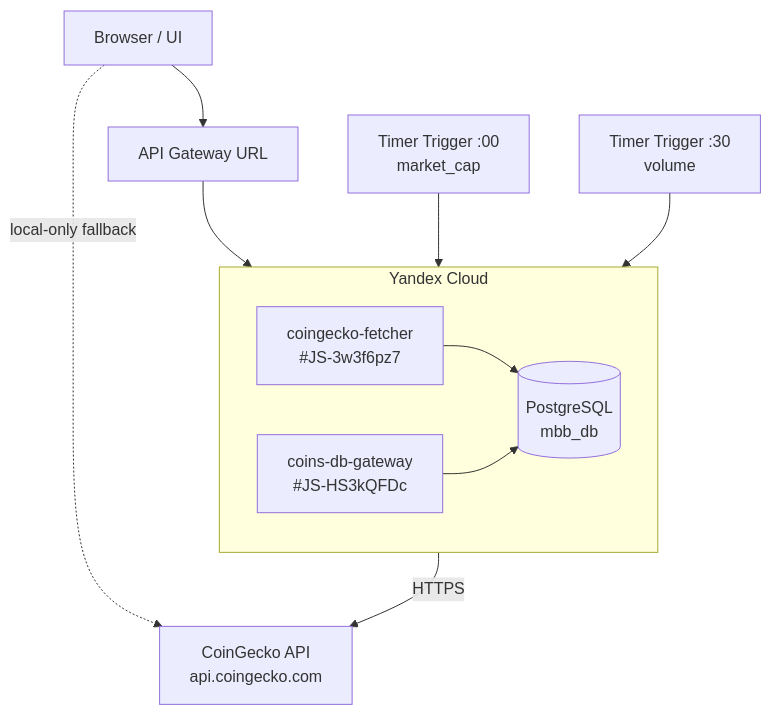
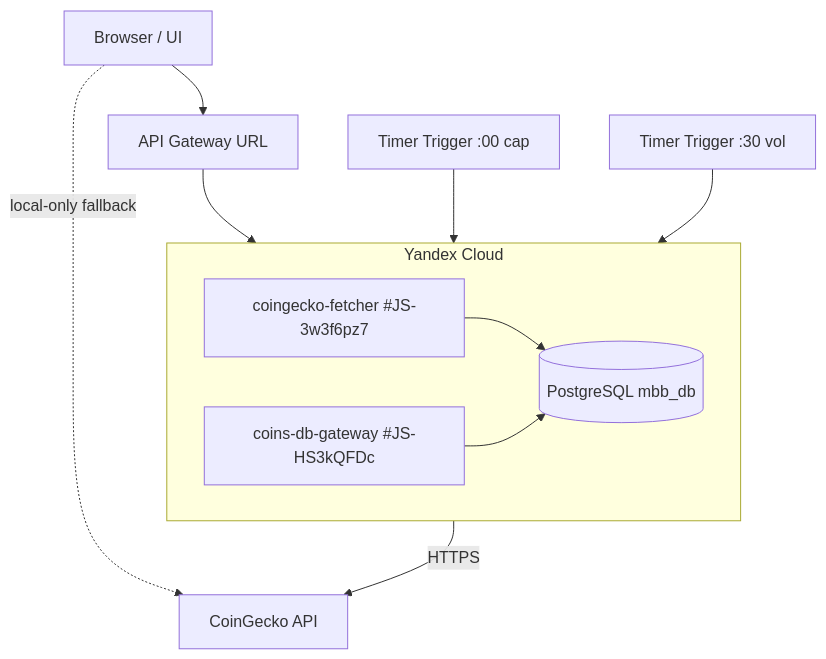
The diagram in docs/ais/ais-yandex-cloud.md (aoponomarev/mmb), drawn with Mermaid before and after one commit. The commit also changed 1 other file, not shown here.

Commit message:
docs(ais): improve Mermaid diagram readability and consistency
- Updated Mermaid diagrams in ais-infrastructure-integrations.md and ais-yandex-cloud.md to enhance clarity by removing backticks from node labels and ensuring consistent formatting.
- Adjusted timer trigger labels for better understanding of their functions.

Made-with: Cursor

````diff
--- a/docs/ais/ais-yandex-cloud.md
+++ b/docs/ais/ais-yandex-cloud.md
@@ -33,22 +33,16 @@
 ```mermaid
 flowchart TD
-    A1["`Timer Trigger :00
-    market_cap`"] --> B
-    A2["`Timer Trigger :30
-    volume`"] --> B
+    A1[Timer Trigger :00 cap] --> B
+    A2[Timer Trigger :30 vol] --> B
     subgraph B[Yandex Cloud]
         direction LR
-        B1["`coingecko-fetcher
-        #JS-3w3f6pz7`"] --> B2[("`PostgreSQL
-        mbb_db`")]
-        B3["`coins-db-gateway
-        #JS-HS3kQFDc`"]
+        B1[coingecko-fetcher #JS-3w3f6pz7] --> B2[(PostgreSQL mbb_db)]
+        B3[coins-db-gateway #JS-HS3kQFDc]
     end
 
-    B1 -- HTTPS --> D["`CoinGecko API
-    api.coingecko.com`"]
+    B1 -- HTTPS --> D[CoinGecko API]
     E[Browser / UI] --> F[API Gateway URL]
     F --> B3
     B3 --> B2
     E -. local-only fallback .-> D
 ```
````
